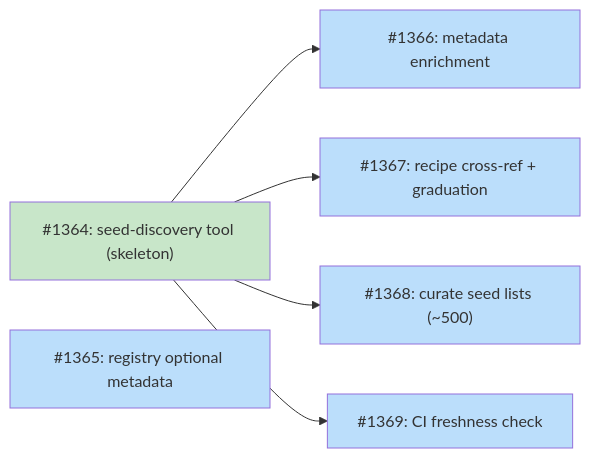
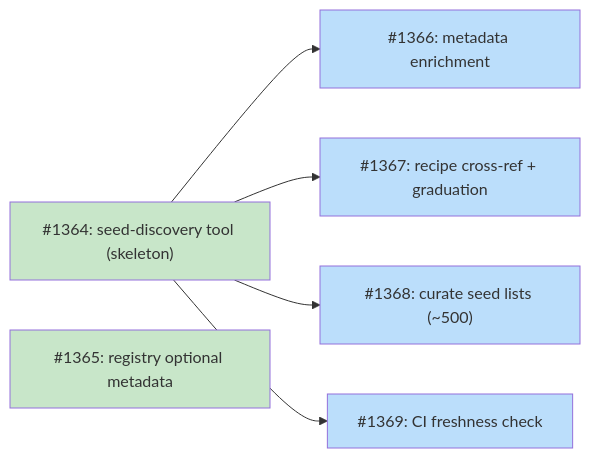
The diagram in docs/designs/DESIGN-discovery-registry-bootstrap.md (tsukumogami/tsuku), drawn with Mermaid before and after one commit. The commit also changed other lines of this file, not shown here.

Commit message:
docs(design): mark issue 1365 as done in dependency graph

````diff
--- a/docs/designs/DESIGN-discovery-registry-bootstrap.md
+++ b/docs/designs/DESIGN-discovery-registry-bootstrap.md
@@ -53,23 +52,22 @@
 ```mermaid
 graph LR
     I1364["#1364: seed-discovery tool (skeleton)"]
     I1365["#1365: registry optional metadata"]
     I1366["#1366: metadata enrichment"]
     I1367["#1367: recipe cross-ref + graduation"]
     I1368["#1368: curate seed lists (~500)"]
     I1369["#1369: CI freshness check"]
 
     I1364 --> I1366
     I1364 --> I1367
     I1364 --> I1368
     I1364 --> I1369
 
     classDef done fill:#c8e6c9
     classDef ready fill:#bbdefb
     classDef blocked fill:#fff9c4
     classDef needsDesign fill:#e1bee7
 
-    class I1364 done
-    class I1365 ready
+    class I1364,I1365 done
     class I1366,I1367,I1368,I1369 ready
 ```
````
